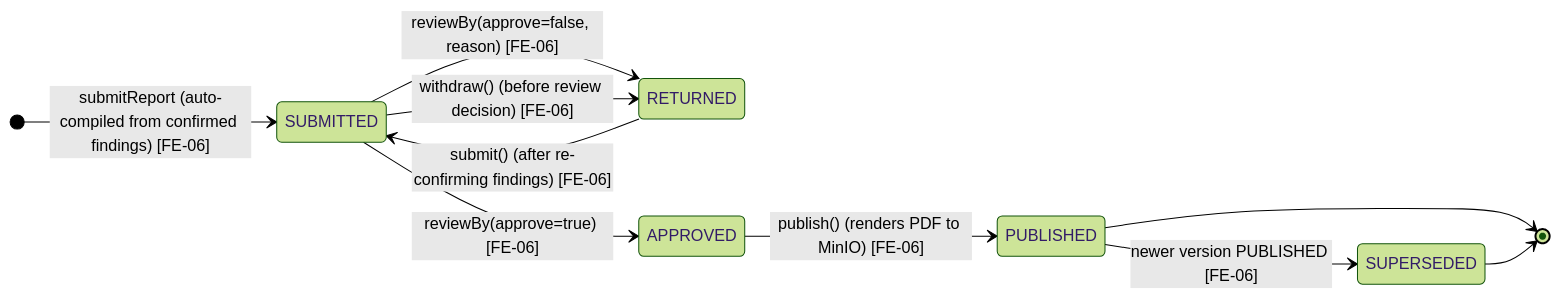
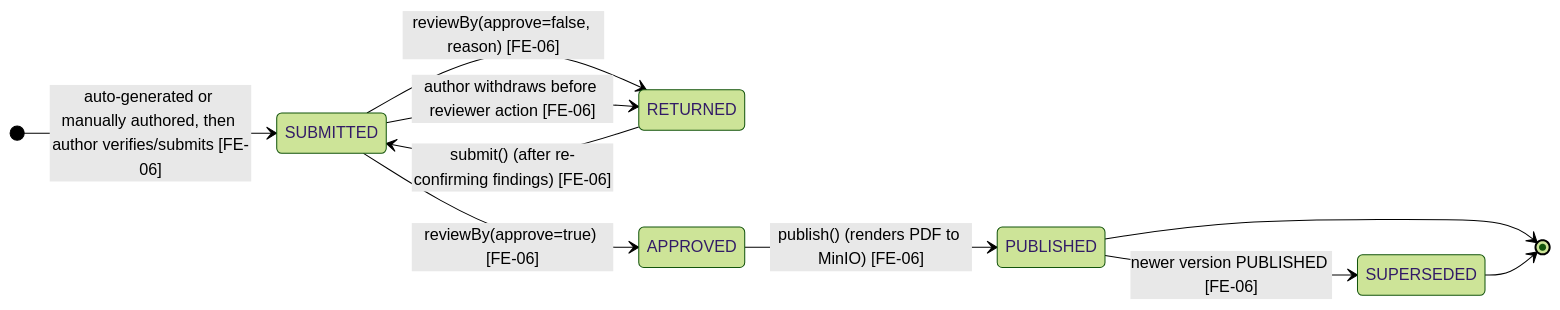
Before and after one commit to tungbach12/SmartDroneInspection-Docs: the fourth of 5 diagrams in reports/report-4-software-design-document/02-database-design.md, drawn with Mermaid (forest theme). The commit also changed other lines of this file and 30 other files, not shown here.

````diff
--- a/reports/report-4-software-design-document/02-database-design.md
+++ b/reports/report-4-software-design-document/02-database-design.md
@@ -698,14 +706,14 @@
 ```mermaid
 %% title: InspectionReport Version Lifecycle State Machine Diagram
 stateDiagram-v2
   direction LR
-  [*] --> SUBMITTED : submitReport (auto-compiled from confirmed findings) [FE-06]
+  [*] --> SUBMITTED : auto-generated or manually authored, then author verifies/submits [FE-06]
   SUBMITTED --> RETURNED : reviewBy(approve=false, reason) [FE-06]
-  SUBMITTED --> RETURNED : withdraw() (before review decision) [FE-06]
+  SUBMITTED --> RETURNED : author withdraws before reviewer action [FE-06]
   RETURNED --> SUBMITTED : submit() (after re-confirming findings) [FE-06]
   SUBMITTED --> APPROVED : reviewBy(approve=true) [FE-06]
   APPROVED --> PUBLISHED : publish() (renders PDF to MinIO) [FE-06]
   PUBLISHED --> SUPERSEDED : newer version PUBLISHED [FE-06]
   PUBLISHED --> [*]
   SUPERSEDED --> [*]
 ```
````
